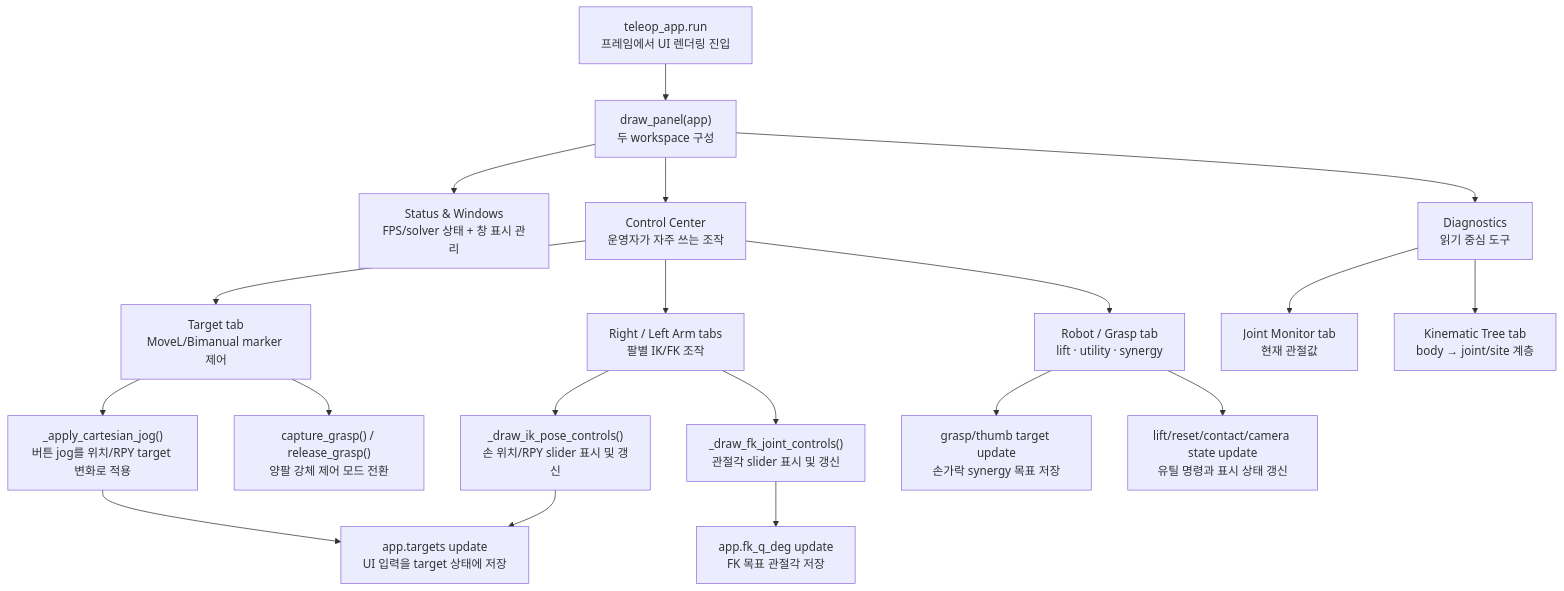
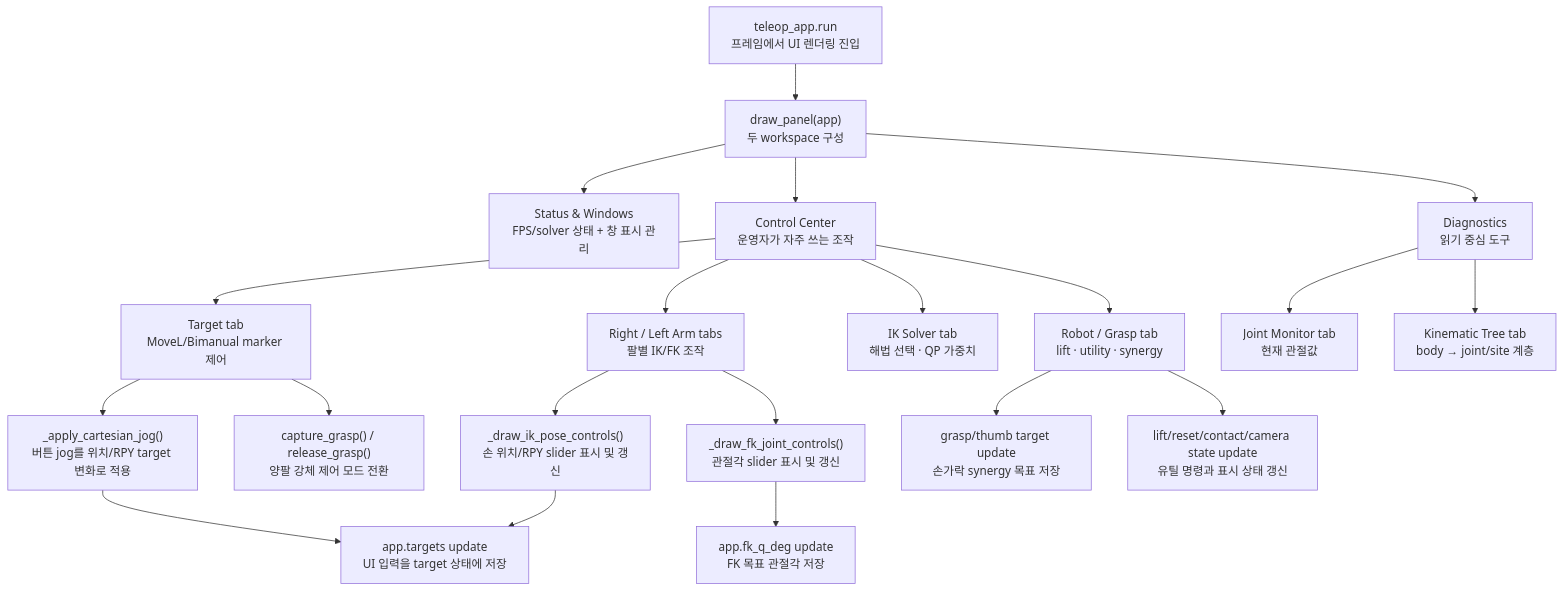
The diagram in docs/guide/teleop_ui.md (Geonhee-LEE/aiworker-mj-lab), drawn with Mermaid before and after one commit. The commit also changed other lines of this file and 45 other files, not shown here.

````diff
--- a/docs/guide/teleop_ui.md
+++ b/docs/guide/teleop_ui.md
@@ -59,22 +60,23 @@
 ```mermaid
 flowchart TD
     A["teleop_app.run<br>프레임에서 UI 렌더링 진입"] --> B["draw_panel(app)<br>두 workspace 구성"]
     B --> C["Status & Windows<br>FPS/solver 상태 + 창 표시 관리"]
     B --> W["Control Center<br>운영자가 자주 쓰는 조작"]
     W --> D["Target tab<br>MoveL/Bimanual marker 제어"]
     W --> E["Right / Left Arm tabs<br>팔별 IK/FK 조작"]
+    W --> S["IK Solver tab<br>해법 선택 · QP 가중치"]
     W --> F["Robot / Grasp tab<br>lift · utility · synergy"]
     B --> X["Diagnostics<br>읽기 중심 도구"]
     X --> G["Joint Monitor tab<br>현재 관절값"]
     X --> H["Kinematic Tree tab<br>body → joint/site 계층"]
 
     D --> I["_apply_cartesian_jog()<br>버튼 jog를 위치/RPY target 변화로 적용"]
     I --> J["app.targets update<br>UI 입력을 target 상태에 저장"]
     D --> K["capture_grasp() / release_grasp()<br>양팔 강체 제어 모드 전환"]
     E --> L["_draw_ik_pose_controls()<br>손 위치/RPY slider 표시 및 갱신"]
     E --> M["_draw_fk_joint_controls()<br>관절각 slider 표시 및 갱신"]
     L --> J
     M --> N["app.fk_q_deg update<br>FK 목표 관절각 저장"]
     F --> O["grasp/thumb target update<br>손가락 synergy 목표 저장"]
     F --> P["lift/reset/contact/camera state update<br>유틸 명령과 표시 상태 갱신"]
 ```
````
